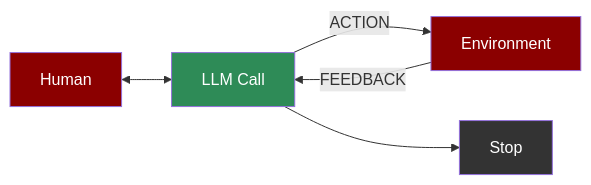
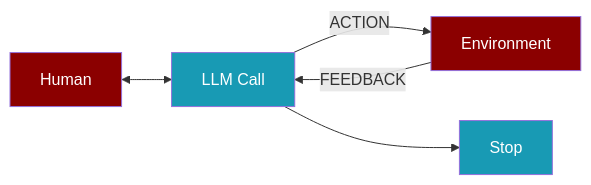
Before and after one commit to MervinPraison/PraisonAIDocs: the diagram in docs/features/autonomous-workflow.mdx, drawn with Mermaid. The commit also changed 24 other files, not shown here.

````diff
--- a/docs/features/autonomous-workflow.mdx
+++ b/docs/features/autonomous-workflow.mdx
@@ -8,12 +8,13 @@
 ```mermaid
 flowchart LR
     Human[Human] <--> LLM[LLM Call]
     LLM -->|ACTION| Environment[Environment]
     Environment -->|FEEDBACK| LLM
     LLM --> Stop[Stop]
     
-    style Human fill:#8B0000,color:#fff
-    style LLM fill:#2E8B57,color:#fff
-    style Environment fill:#8B0000,color:#fff
-    style Stop fill:#333,color:#fff
+    classDef agent fill:#8B0000,color:#fff
+    classDef tool fill:#189AB4,color:#fff
+    
+    class Human,Environment agent
+    class LLM,Stop tool
 ```
````
